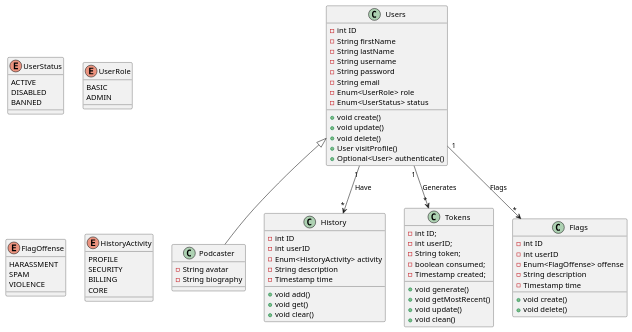
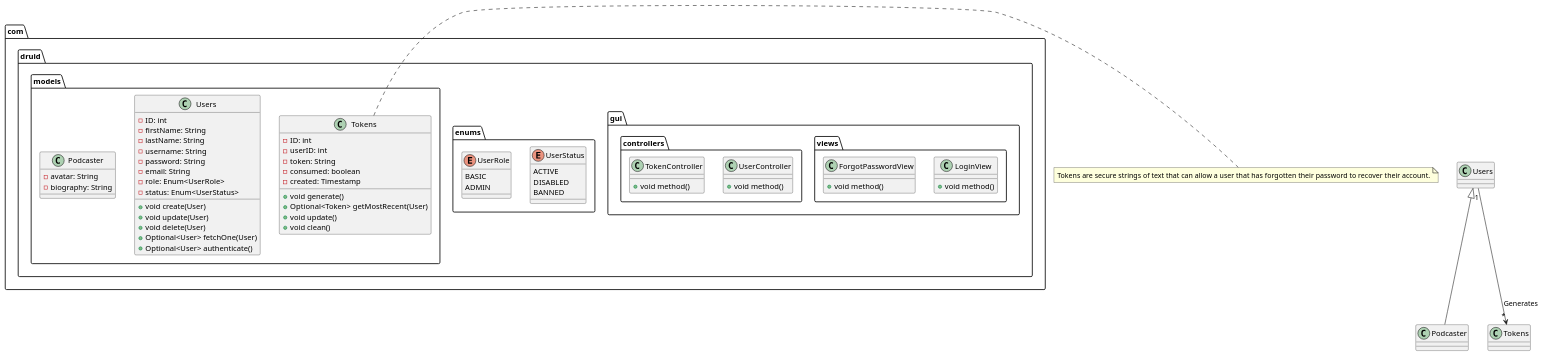
One commit to Druid-ESPRIT/magnum-docs changed the diagram in uml/user-class-diagram.puml. Above: the diagram before and after it, drawn with PlantUML. The commit also changed 3 other files, not shown here.

```diff
--- a/uml/user-class-diagram.puml
+++ b/uml/user-class-diagram.puml
@@ -1,85 +1,76 @@
 @startuml
+
 Users <|-- Podcaster
-Users "1" --> "*" History: Have
 Users "1" --> "*" Tokens: Generates
-Users "1" --> "*" Flags: Flags
 
-enum UserStatus {
-  ACTIVE 
-  DISABLED
-  BANNED
+package com.druid.gui.views {
+   class LoginView {
+      + void method()
+   }
+   class ForgotPasswordView {
+      + void method()
+   }
 }
 
-enum UserRole {
-  BASIC
-  ADMIN 
+package com.druid.gui.controllers {
+   class UserController {
+      + void method()
+   }
+   class TokenController {
+      + void method()
+   }
 }
 
-enum FlagOffense {
-   HARASSMENT
-   SPAM
-   VIOLENCE
+package com.druid.enums {
+   enum UserStatus {
+      ACTIVE 
+      DISABLED
+      BANNED
+   }
+
+   enum UserRole {
+      BASIC
+      ADMIN 
+   }
 }
 
-enum HistoryActivity {
-   PROFILE
-   SECURITY
-   BILLING
-   CORE
+package com.druid.models {
+   class Users {
+      - ID: int 
+      - firstName: String 
+      - lastName: String 
+      - username: String 
+      - password: String 
+      - email: String 
+      - role: Enum<UserRole> 
+      - status: Enum<UserStatus>
+      + void create(User)
+      + void update(User)
+      + void delete(User)
+      + Optional<User> fetchOne(User)
+      + Optional<User> authenticate()
+   }
+
+   class Podcaster {
+      - avatar: String 
+      - biography: String 
+   }
+
+   class Tokens {
+      - ID: int 
+      - userID: int 
+      - token: String 
+      - consumed: boolean 
+      - created: Timestamp 
+      + void generate()
+      + Optional<Token> getMostRecent(User)
+      + void update()
+      + void clean()
+   }
 }
 
-class Users {
-   - int ID
-   - String firstName
-   - String lastName
-   - String username
-   - String password
-   - String email
-   - Enum<UserRole> role
-   - Enum<UserStatus> status
-   + void create()
-   + void update()
-   + void delete()
-   + User visitProfile()
-   + Optional<User> authenticate()
-}
-
-class Podcaster {
-   - String avatar
-   - String biography
-}
-
-class Flags {
-   - int ID
-   - int userID 
-   - Enum<FlagOffense> offense 
-   - String description
-   - Timestamp time 
-   + void create()
-   + void delete()
-}
-
-class History {
-  - int ID
-  - int userID
-  - Enum<HistoryActivity> activity
-  - String description
-  - Timestamp time
-  + void add()
-  + void get()
-  + void clear()
-}
-
-class Tokens {
-  - int ID;
-  - int userID;
-  - String token;
-  - boolean consumed;
-  - Timestamp created;
-  + void generate()
-  + void getMostRecent()
-  + void update()
-  + void clean()
-}
+note right
+   Tokens are secure strings of text that can allow a user that has forgotten their password to recover their account.
+end note
 
 @enduml
```
